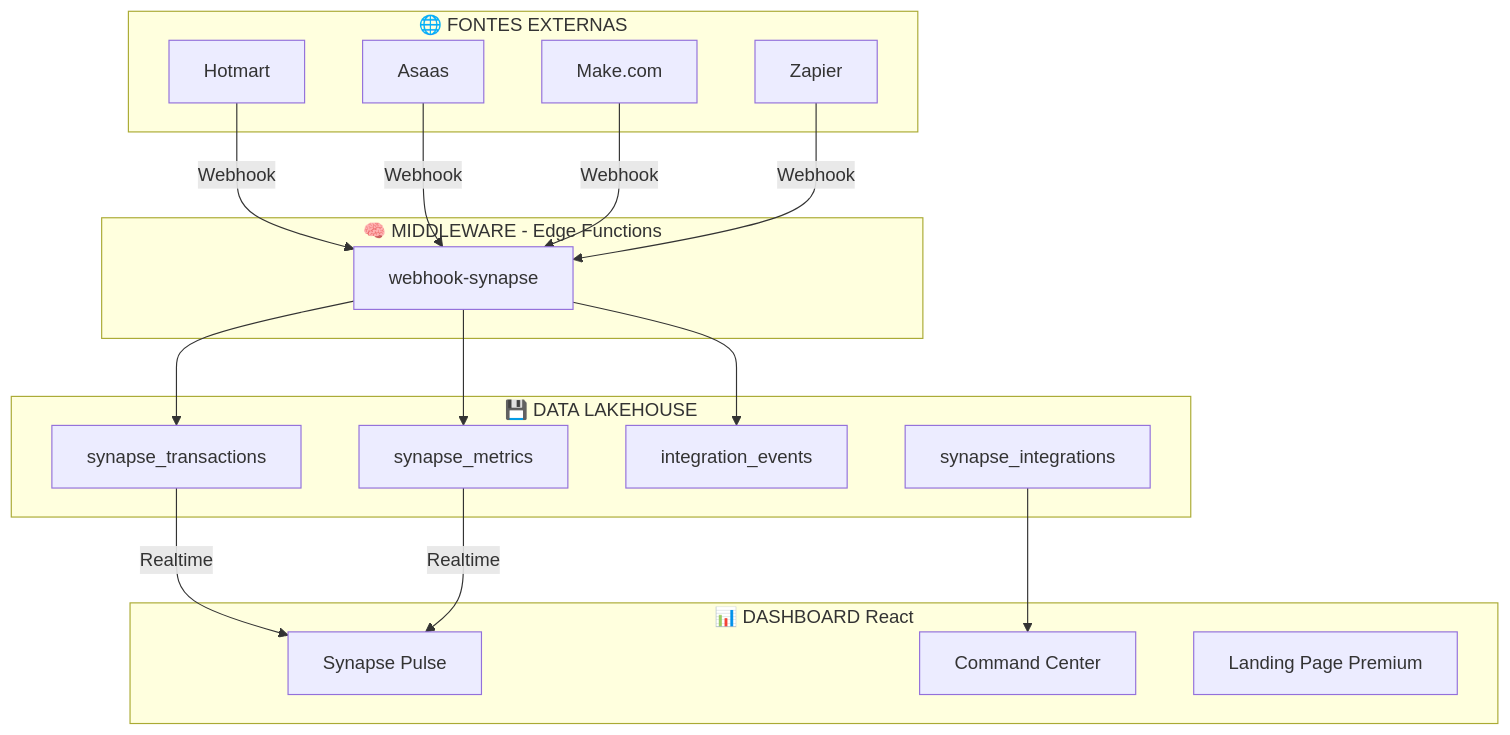
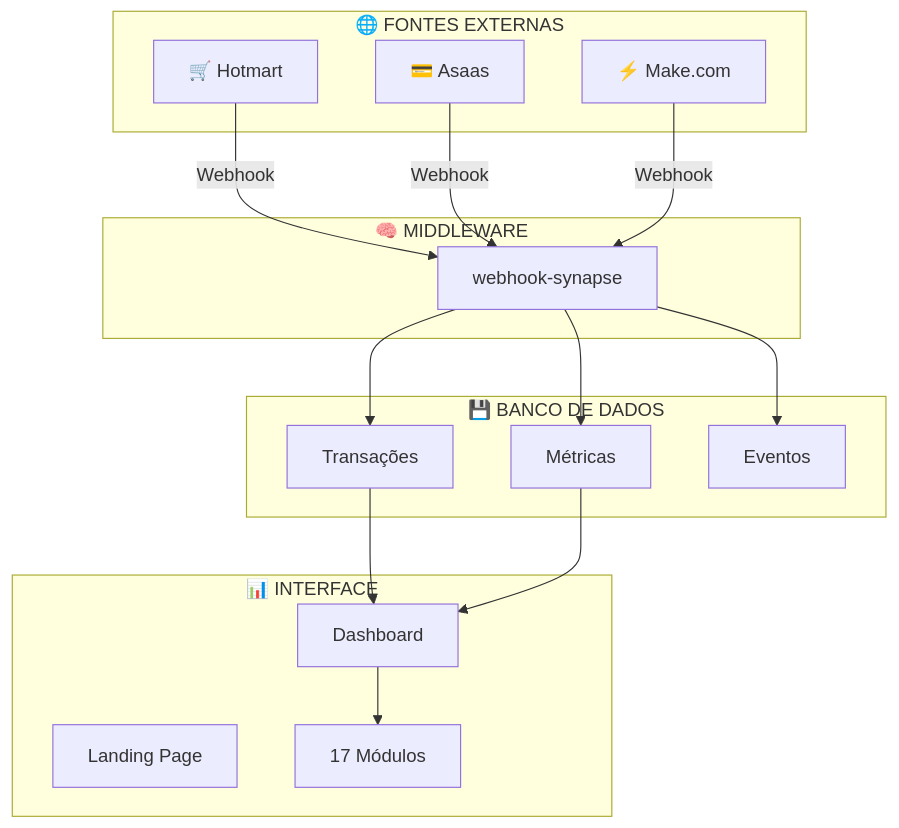
One commit to moisesblank/people-flow-desk changed the diagram in CHECKLIST_SYNAPSE.md. Above: the diagram before and after it, drawn with Mermaid. The commit also changed other lines of this file and 2 other files, not shown here.

````diff
--- a/CHECKLIST_SYNAPSE.md
+++ b/CHECKLIST_SYNAPSE.md
@@ -73,31 +80,29 @@
 ```mermaid
 graph TB
     subgraph "🌐 FONTES EXTERNAS"
-        H[Hotmart]
-        A[Asaas]
-        M[Make.com]
-        Z[Zapier]
+        H[🛒 Hotmart]
+        A[💳 Asaas]
+        M[⚡ Make.com]
     end
     
-    subgraph "🧠 MIDDLEWARE - Edge Functions"
+    subgraph "🧠 MIDDLEWARE"
         W[webhook-synapse]
     end
     
-    subgraph "💾 DATA LAKEHOUSE"
-        T[synapse_transactions]
-        ME[synapse_metrics]
-        IE[integration_events]
-        SI[synapse_integrations]
+    subgraph "💾 BANCO DE DADOS"
+        T[Transações]
+        ME[Métricas]
+        IE[Eventos]
     end
     
-    subgraph "📊 DASHBOARD React"
-        SP[Synapse Pulse]
-        SC[Command Center]
-        LP[Landing Page Premium]
+    subgraph "📊 INTERFACE"
+        D[Dashboard]
+        LP[Landing Page]
+        MOD[17 Módulos]
     end
     
-    H & A & M & Z -->|Webhook| W
+    H & A & M -->|Webhook| W
     W --> T & ME & IE
-    T & ME -->|Realtime| SP
-    SI --> SC
+    T & ME --> D
+    D --> MOD
 ```
````
